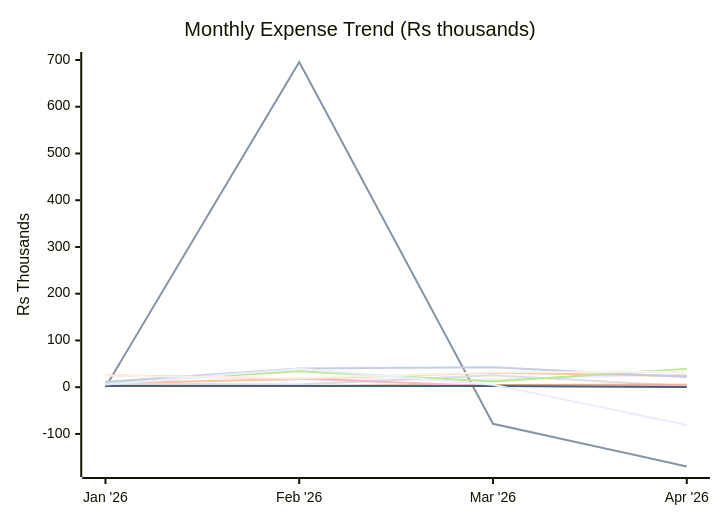
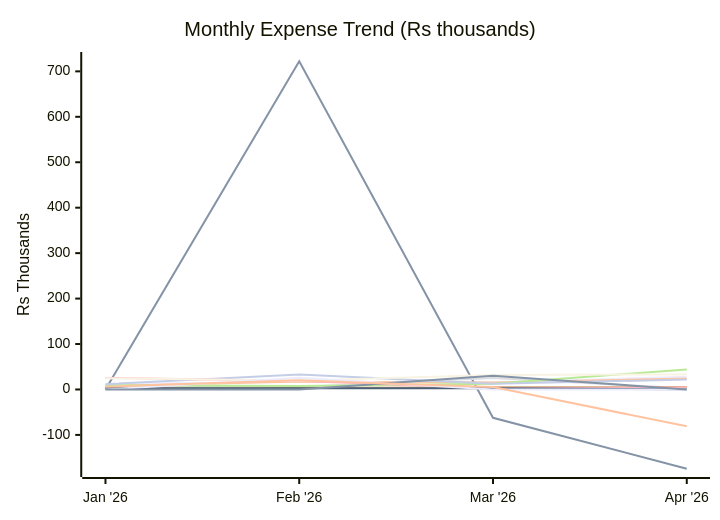
The first of 2 diagrams in reports/2026-04.md (sachin-hg/expense-reporter), drawn with Mermaid before and after one commit. The commit also changed other lines of this file and 14 other files, not shown here.

````diff
--- a/reports/2026-04.md
+++ b/reports/2026-04.md
@@ -24,17 +26,19 @@
 ```mermaid
 xychart-beta
     title "Monthly Expense Trend (Rs thousands)"
     x-axis ["Jan '26", "Feb '26", "Mar '26", "Apr '26"]
-    y-axis "Rs Thousands" -175 --> 700
-    line "Travel" [12.1, 16.5, 16.3, 27.9]
-    line "Trip" [0.0, 695.8, -78.3, -169.5]
-    line "Shopping" [7.8, 17.8, 31.0, 24.2]
+    y-axis "Rs Thousands" -175 --> 725
+    line "Travel" [12.1, 16.5, 16.1, 27.9]
+    line "Trip" [0.0, 722.3, -62.4, -174.4]
+    line "Shopping" [7.8, 17.5, 15.1, 24.2]
     line "Baby" [7.7, 5.6, 25.3, 2.4]
-    line "Outside Food" [9.5, 34.3, 12.1, 39.2]
-    line "Grocery" [2.9, 2.6, 4.7, 5.3]
-    line "Utilities & Bills" [11.5, 39.9, 42.8, 21.7]
-    line "Health, Fitness & Self Care" [25.5, 18.4, 2.5, 4.4]
+    line "Outside Food" [9.5, 7.6, 12.6, 44.1]
+    line "Grocery" [2.9, 3.5, 4.7, 5.3]
+    line "Utilities & Bills" [11.5, 33.2, 12.6, 21.7]
+    line "Health, Fitness & Self Care" [25.5, 18.6, 2.5, 4.4]
     line "Upskill / AI" [2.6, 2.5, 2.6, 0.4]
     line "Rohan" [24.8, 19.3, 32.0, 33.1]
-    line "Others" [6.0, 39.6, 5.4, -80.9]
+    line "One-Time Expense" [0.0, 25.8, 0.0, 0.0]
+    line "Tax" [0.0, 0.0, 30.3, 0.0]
+    line "Others" [6.0, 20.1, 5.2, -80.9]
 ```
````
